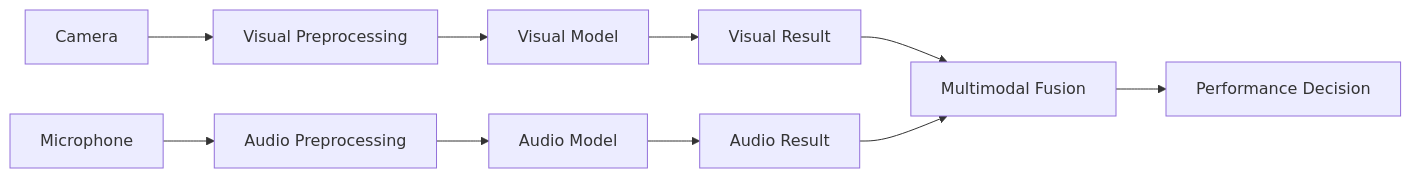
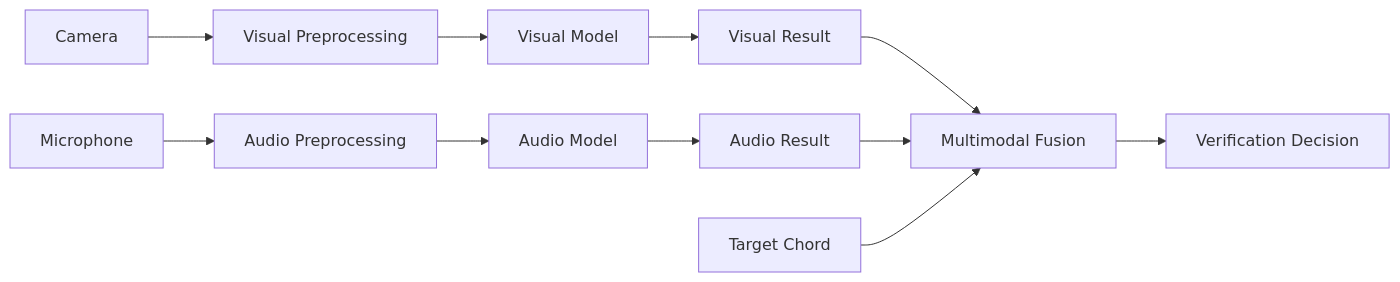
Before and after one commit to danielftsilva/cAiGED: the seventh of 18 diagrams in README.md, drawn with Mermaid. The commit also changed other lines of this file, not shown here.

````diff
--- a/README.md
+++ b/README.md
@@ -305,10 +445,17 @@
 ```mermaid
 flowchart LR
-    C["Camera"] --> VP["Visual Preprocessing"] --> VM["Visual Model"] --> VR["Visual Result"]
-    M["Microphone"] --> AP["Audio Preprocessing"] --> AM["Audio Model"] --> AR["Audio Result"]
+    C["Camera"] --> VP["Visual Preprocessing"]
+    VP --> VM["Visual Model"]
+    VM --> VR["Visual Result"]
+
+    M["Microphone"] --> AP["Audio Preprocessing"]
+    AP --> AM["Audio Model"]
+    AM --> AR["Audio Result"]
 
     VR --> F["Multimodal Fusion"]
     AR --> F
 
-    F --> D["Performance Decision"]
+    T["Target Chord"] --> F
+
+    F --> D["Verification Decision"]
 ```
````
